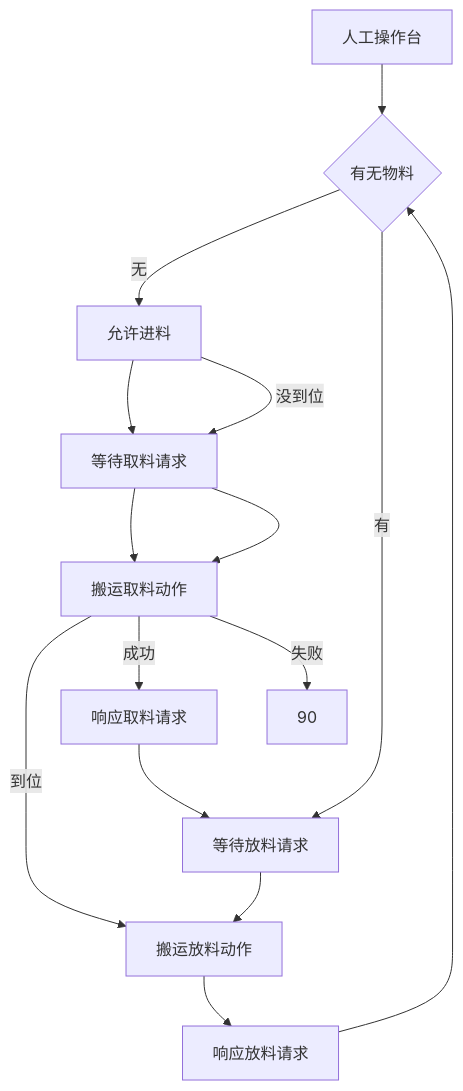
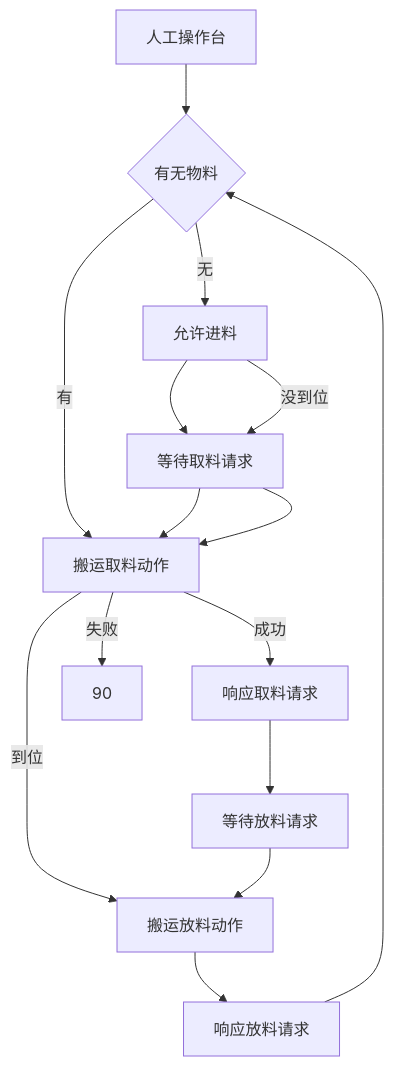
One commit to PengKun1/iodraw-files changed the diagram in all/未命名-4.md. Above: the diagram before and after it, drawn with Mermaid.

Commit message:
2024-12-20 14:46:19 update

````diff
--- a/all/未命名-4.md
+++ b/all/未命名-4.md
@@ -1,17 +1,17 @@
 ```mermaid
 graph TD
 0[人工操作台]-->10
 10{有无物料}-->|无|20
-10-->|有|60
+10-->|有|40
 20[允许进料]-->30
 30[前工位出料中]-->40
 40{是否到位}-->|到位|70
 20-->|没到位|30
 30[等待取料请求]-->40
 40[搬运取料动作]-->|成功|50
 40-->|失败|90
 50[响应取料请求]-->60
 60[等待放料请求]-->70
 70[搬运放料动作]-->80
 80[响应放料请求]-->10
 ```
````
